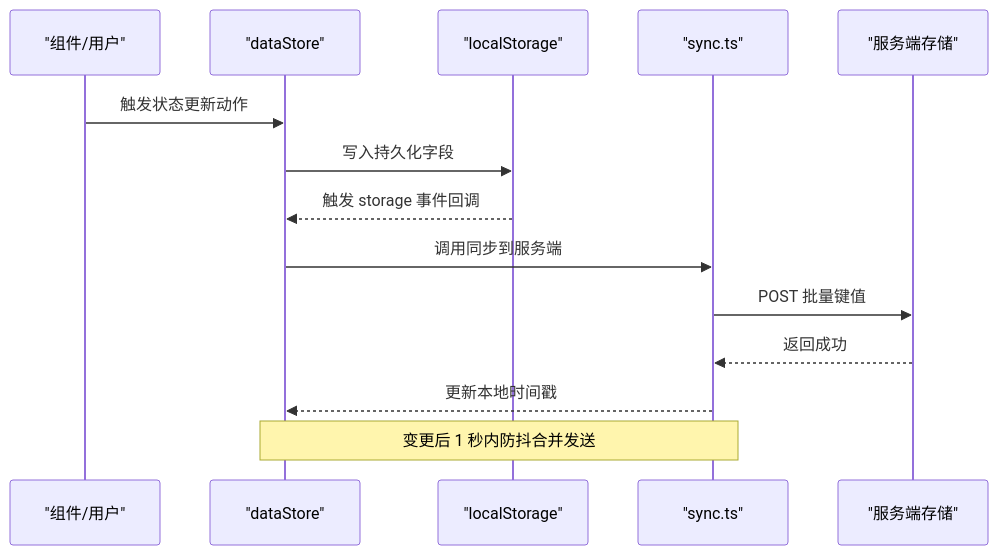
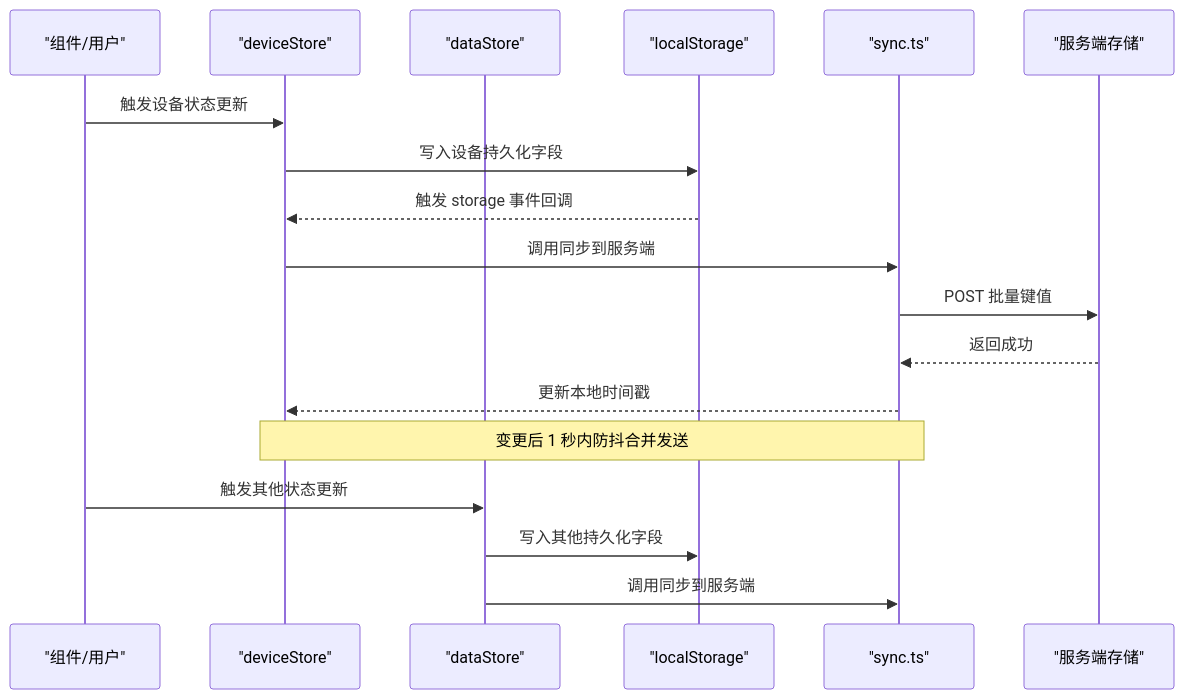
The second of 8 diagrams in .qoder/repowiki/zh/content/状态管理/状态管理.md (skyeyinkun/HAUI), drawn with Mermaid before and after one commit. The commit also changed other lines of this file and 14 other files, not shown here.

````diff
--- a/.qoder/repowiki/zh/content/状态管理/状态管理.md
+++ b/.qoder/repowiki/zh/content/状态管理/状态管理.md
@@ -102,16 +135,20 @@
 ```mermaid
 sequenceDiagram
 participant UI as "组件/用户"
+participant DVS as "deviceStore"
 participant DS as "dataStore"
 participant LS as "localStorage"
 participant SYNC as "sync.ts"
 participant SVR as "服务端存储"
-UI->>DS : 触发状态更新动作
-DS->>LS : 写入持久化字段
-LS-->>DS : 触发 storage 事件回调
-DS->>SYNC : 调用同步到服务端
+UI->>DVS : 触发设备状态更新
+DVS->>LS : 写入设备持久化字段
+LS-->>DVS : 触发 storage 事件回调
+DVS->>SYNC : 调用同步到服务端
 SYNC->>SVR : POST 批量键值
 SVR-->>SYNC : 返回成功
-SYNC-->>DS : 更新本地时间戳
-note over DS,SYNC : 变更后 1 秒内防抖合并发送
+SYNC-->>DVS : 更新本地时间戳
+note over DVS,SYNC : 变更后 1 秒内防抖合并发送
+UI->>DS : 触发其他状态更新
+DS->>LS : 写入其他持久化字段
+DS->>SYNC : 调用同步到服务端
 ```
````
